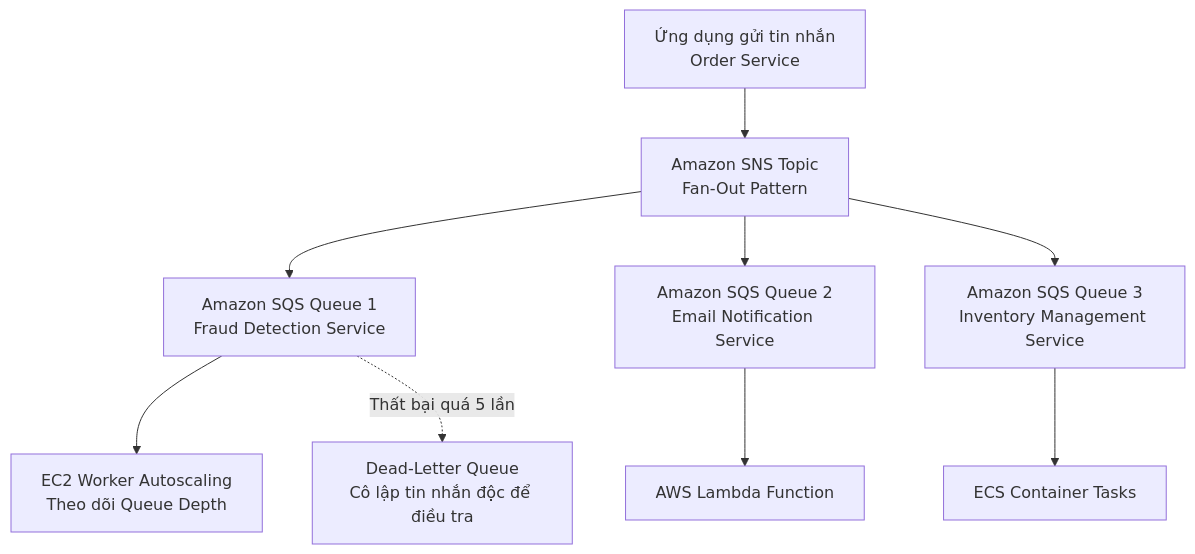
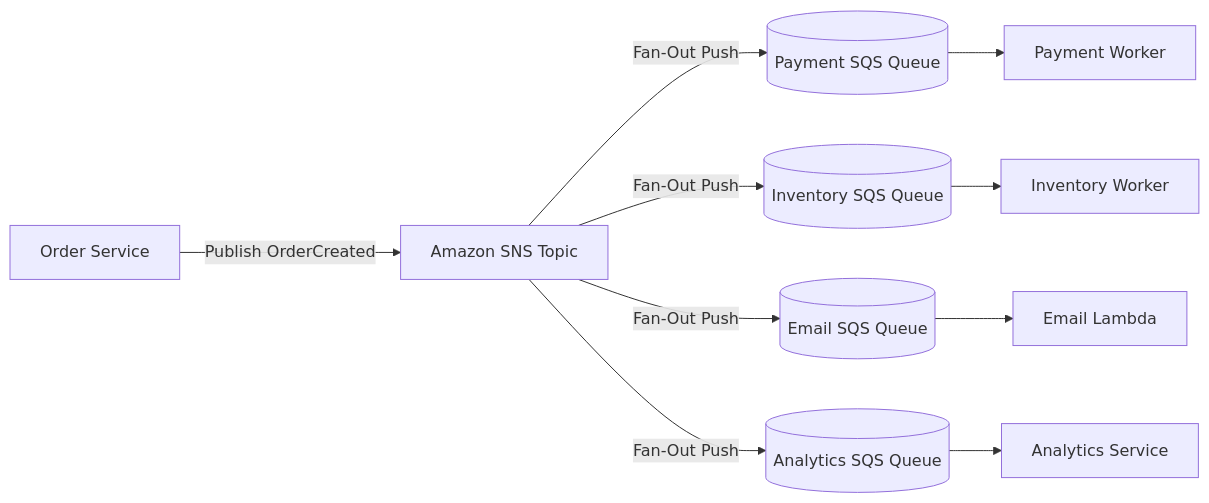
The third of 4 diagrams in AWS_Services/SQS_SNS_EventBridge_Decoupling.md (nhatphanhk/AWS_XBrain_Note), drawn with Mermaid before and after one commit. The commit also changed other lines of this file and 15 other files, not shown here.

Commit message:
feat: add comprehensive AWS service notes and update README index

````diff
--- a/AWS_Services/SQS_SNS_EventBridge_Decoupling.md
+++ b/AWS_Services/SQS_SNS_EventBridge_Decoupling.md
@@ -23,14 +96,14 @@
 ```mermaid
-flowchart TD
-    Producer[Ứng dụng gửi tin nhắn\nOrder Service] --> SNS[Amazon SNS Topic\nFan-Out Pattern]
-    
-    SNS --> SQS1[Amazon SQS Queue 1\nFraud Detection Service]
-    SNS --> SQS2[Amazon SQS Queue 2\nEmail Notification Service]
-    SNS --> SQS3[Amazon SQS Queue 3\nInventory Management Service]
-    
-    SQS1 --> Worker1[EC2 Worker Autoscaling\nTheo dõi Queue Depth]
-    SQS2 --> Worker2[AWS Lambda Function]
-    SQS3 --> Worker3[ECS Container Tasks]
-    
-    SQS1 -.->|Thất bại quá 5 lần| DLQ[Dead-Letter Queue\nCô lập tin nhắn độc để điều tra]
+flowchart LR
+    Publisher[Order Service] -->|Publish OrderCreated| SNS[Amazon SNS Topic]
+
+    SNS -->|Fan-Out Push| SQS1[(Payment SQS Queue)]
+    SNS -->|Fan-Out Push| SQS2[(Inventory SQS Queue)]
+    SNS -->|Fan-Out Push| SQS3[(Email SQS Queue)]
+    SNS -->|Fan-Out Push| SQS4[(Analytics SQS Queue)]
+
+    SQS1 --> Worker1[Payment Worker]
+    SQS2 --> Worker2[Inventory Worker]
+    SQS3 --> Worker3[Email Lambda]
+    SQS4 --> Worker4[Analytics Service]
 ```
````
